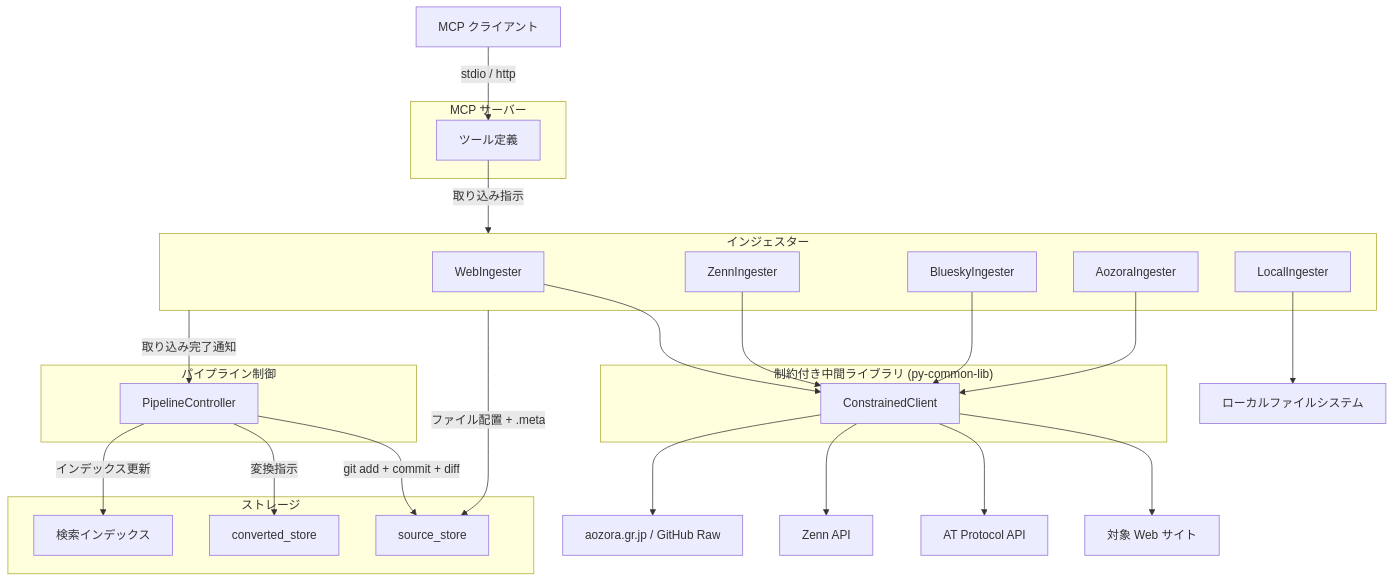
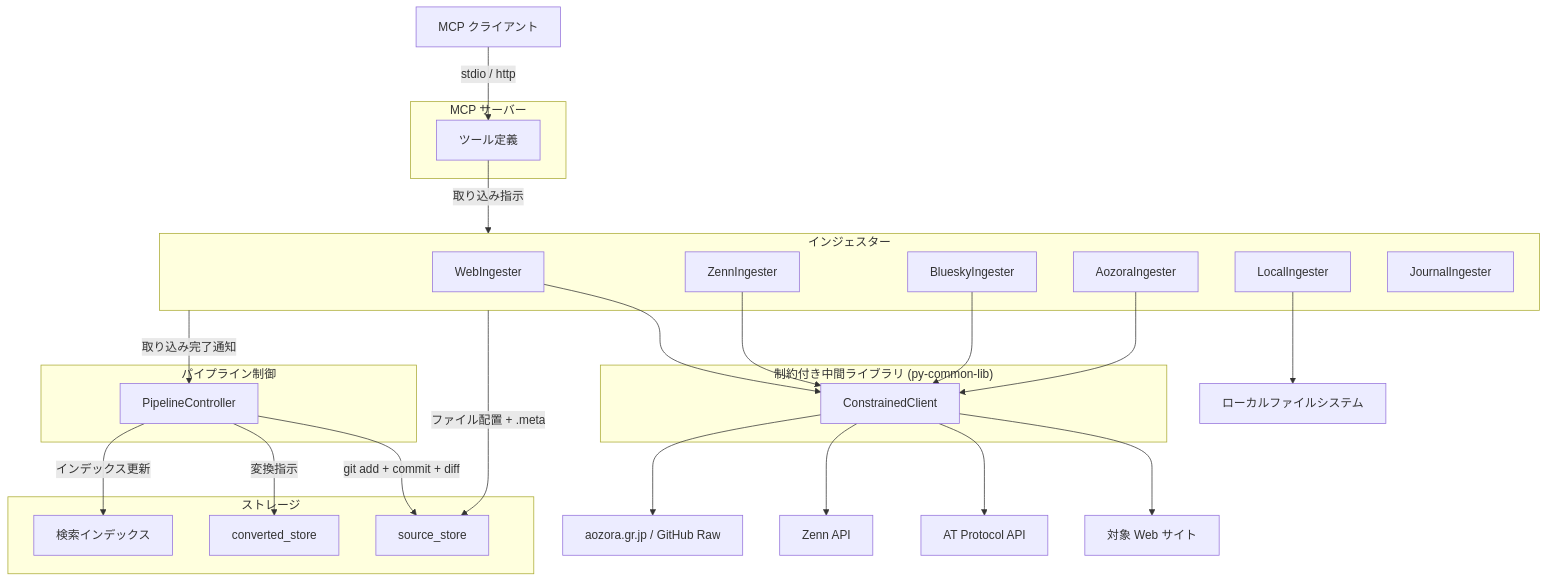
Before and after one commit to becky3/rag-knowledge: the diagram in docs/specs/ingesters/common.md, drawn with Mermaid. The commit also changed 3 other files, not shown here.

````diff
--- a/docs/specs/ingesters/common.md
+++ b/docs/specs/ingesters/common.md
@@ -130,53 +130,54 @@
 ```mermaid
 flowchart TB
     CLIENT["MCP クライアント"]
 
     subgraph MCP["MCP サーバー"]
         TOOLS["ツール定義"]
     end
 
     subgraph Pipeline["パイプライン制御"]
         PC["PipelineController"]
     end
 
     subgraph Ingesters["インジェスター"]
         WING["WebIngester"]
         ZING["ZennIngester"]
         BING["BlueskyIngester"]
         AING["AozoraIngester"]
         DING["LocalIngester"]
+        JING["JournalIngester"]
     end
 
     subgraph Safety["制約付き中間ライブラリ (py-common-lib)"]
         CC["ConstrainedClient"]
     end
 
     subgraph Storage["ストレージ"]
         SS["source_store"]
         CONV["converted_store"]
         IDX["検索インデックス"]
     end
 
     WEB["対象 Web サイト"]
     AT_API["AT Protocol API"]
     ZENN_API["Zenn API"]
     FS["ローカルファイルシステム"]
 
     CLIENT -->|stdio / http| TOOLS
     TOOLS -->|取り込み指示| Ingesters
     WING --> CC
     ZING --> CC
     BING --> CC
     CC --> WEB
     CC --> AT_API
     CC --> ZENN_API
     AING --> CC
     CC --> AOZORA["aozora.gr.jp / GitHub Raw"]
     DING --> FS
 
     Ingesters -->|ファイル配置 + .meta| SS
     Ingesters -->|取り込み完了通知| PC
     PC -->|git add + commit + diff| SS
     PC -->|変換指示| CONV
     PC -->|インデックス更新| IDX
 ```
````
